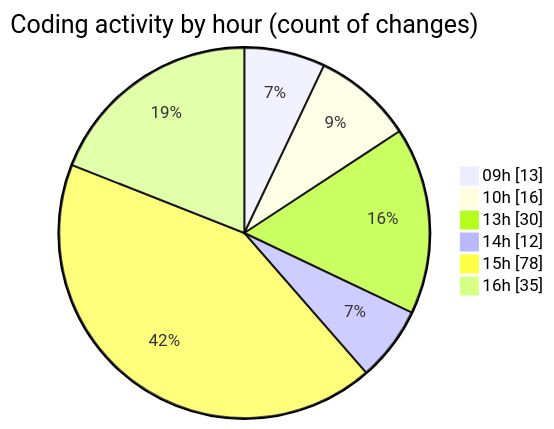
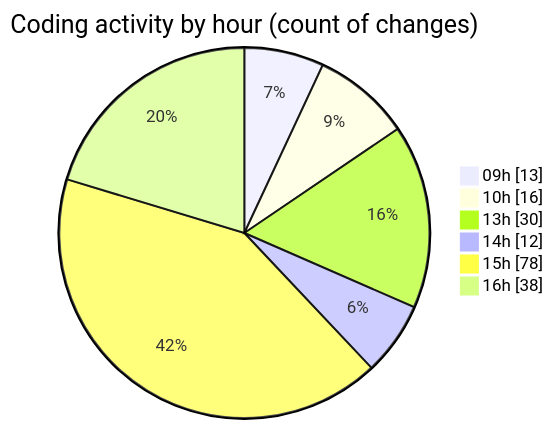
The second of 2 diagrams in 2025-03-31/cda/README.md (momahboobian/code-tracking), drawn with Mermaid before and after one commit. The commit also changed other lines of this file and 1 other file, not shown here.

````diff
--- a/2025-03-31/cda/README.md
+++ b/2025-03-31/cda/README.md
@@ -50,10 +50,10 @@
 ```mermaid
 pie showData
 title Coding activity by hour (count of changes)
 "09h" : 13
 "10h" : 16
 "13h" : 30
 "14h" : 12
 "15h" : 78
-"16h" : 35
+"16h" : 38
 ```
````
